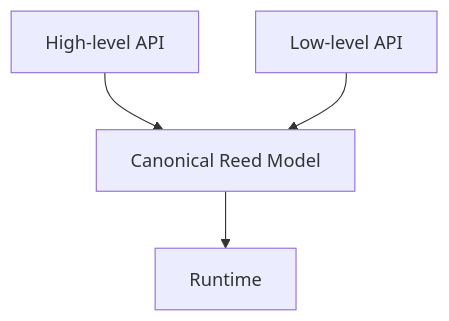
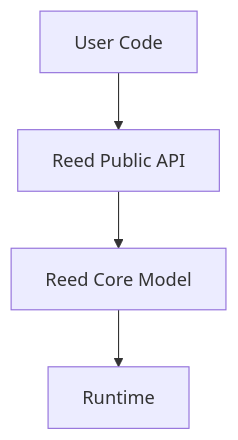
The third of 13 diagrams in roadmap.md (aam-cloudsky/Reed), drawn with Mermaid before and after one commit. The commit also changed other lines of this file, not shown here.

First line of the commit message:
Revise Reed Architectural Roadmap for clarity and structure

````diff
--- a/roadmap.md
+++ b/roadmap.md
@@ -230,6 +164,6 @@
 ```mermaid
 flowchart TD
-    H["High-level API"] --> C["Canonical Reed Model"]
-    L["Low-level API"] --> C
-    C --> R["Runtime"]
+    U["User Code"] --> API["Reed Public API"]
+    API --> CORE["Reed Core Model"]
+    CORE --> RT["Runtime"]
 ```
````
